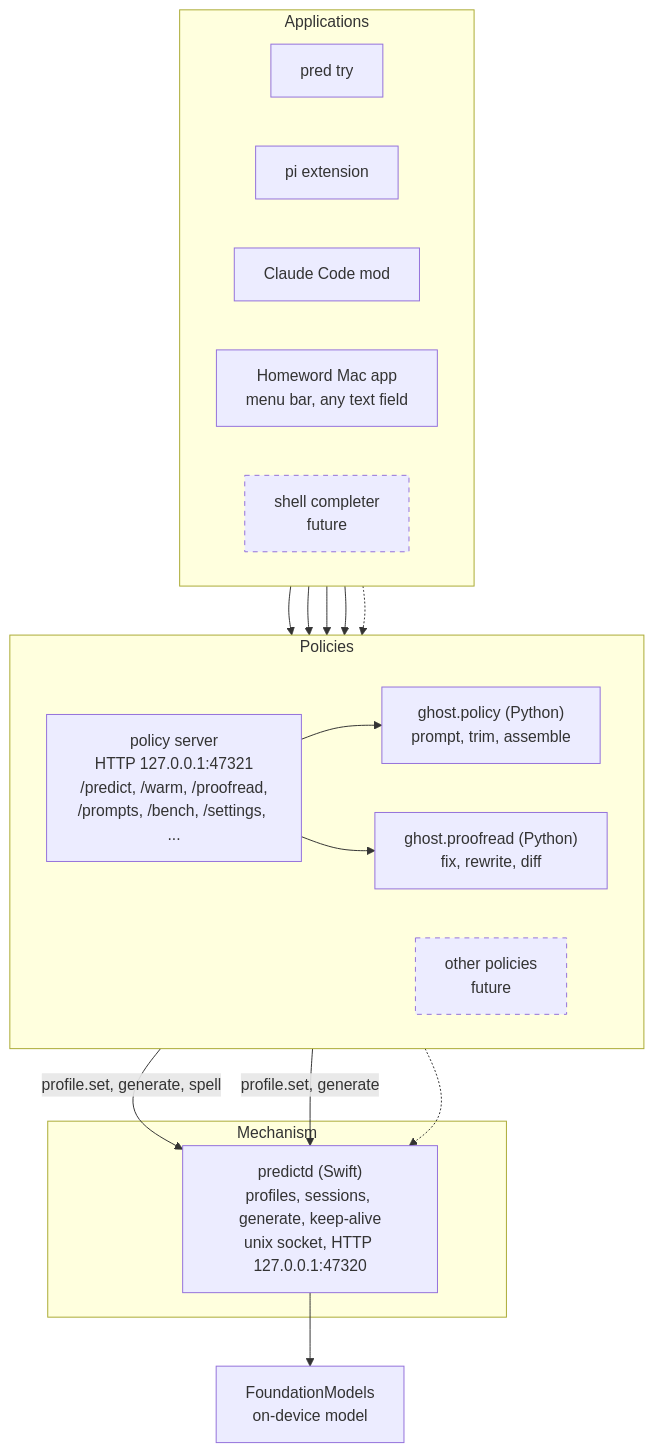
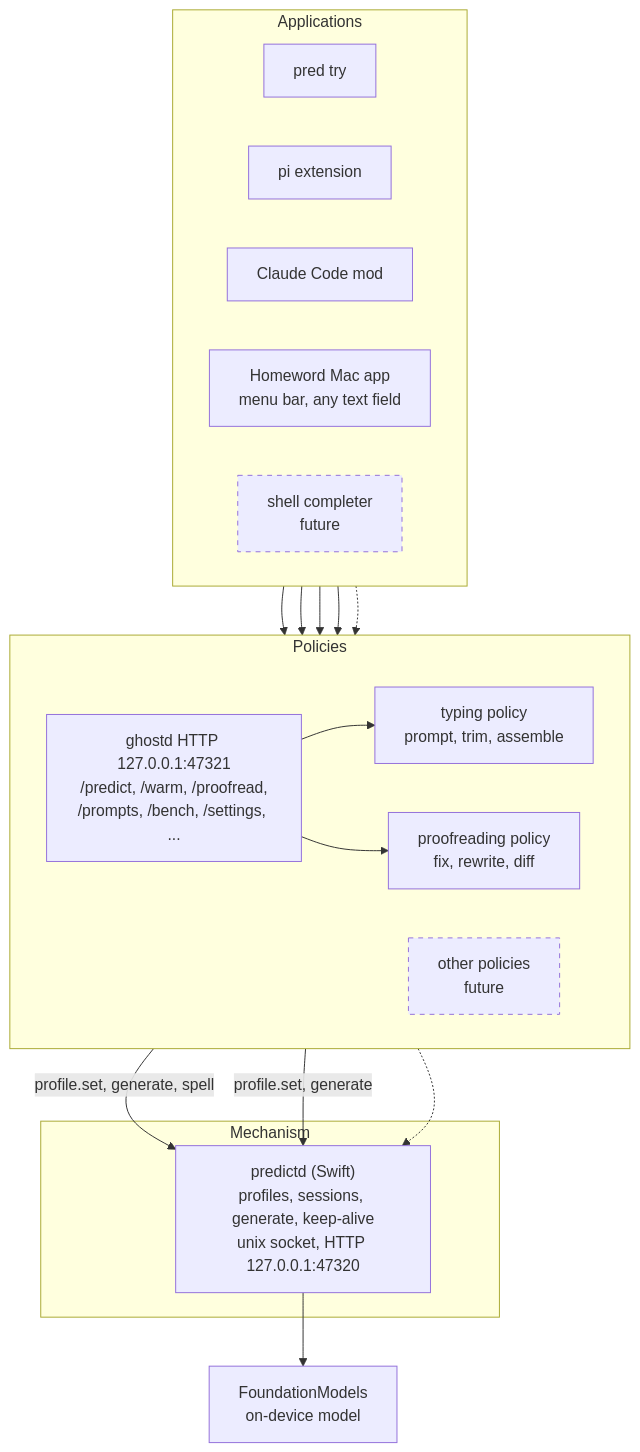
One commit to FreemanX/Homeword changed the first of 5 diagrams in docs/ARCHITECTURE.md. Above: the diagram before and after it, drawn with Mermaid. The commit also changed other lines of this file and 45 other files, not shown here.

````diff
--- a/docs/ARCHITECTURE.md
+++ b/docs/ARCHITECTURE.md
@@ -13,34 +13,34 @@
 ```mermaid
 flowchart TB
     subgraph apps["Applications"]
         direction LR
         try["pred try"]
         pi["pi extension"]
         cc["Claude Code mod"]
         mac["Homeword Mac app<br/>menu bar, any text field"]
         next["shell completer<br/>future"]:::future
     end
     subgraph policy["Policies"]
         direction LR
-        srv["policy server<br/>HTTP 127.0.0.1:47321<br/>/predict, /warm, /proofread,<br/>/prompts, /bench, /settings, ..."]
-        lib["ghost.policy (Python)<br/>prompt, trim, assemble"]
-        pr["ghost.proofread (Python)<br/>fix, rewrite, diff"]
+        srv["ghostd HTTP 127.0.0.1:47321<br/>/predict, /warm, /proofread,<br/>/prompts, /bench, /settings, ..."]
+        lib["typing policy<br/>prompt, trim, assemble"]
+        pr["proofreading policy<br/>fix, rewrite, diff"]
         other["other policies<br/>future"]:::future
     end
     subgraph mech["Mechanism"]
         predictd["predictd (Swift)<br/>profiles, sessions, generate, keep-alive<br/>unix socket, HTTP 127.0.0.1:47320"]
     end
     fm["FoundationModels<br/>on-device model"]
-    try --> lib
+    try --> srv
     pi --> srv
     cc --> srv
     mac --> srv
     next -.-> srv
     srv --> lib
     srv --> pr
     lib -->|"profile.set, generate, spell"| predictd
     pr -->|"profile.set, generate"| predictd
     other -.-> predictd
     predictd --> fm
     classDef future stroke-dasharray: 5 5
 ```
````
